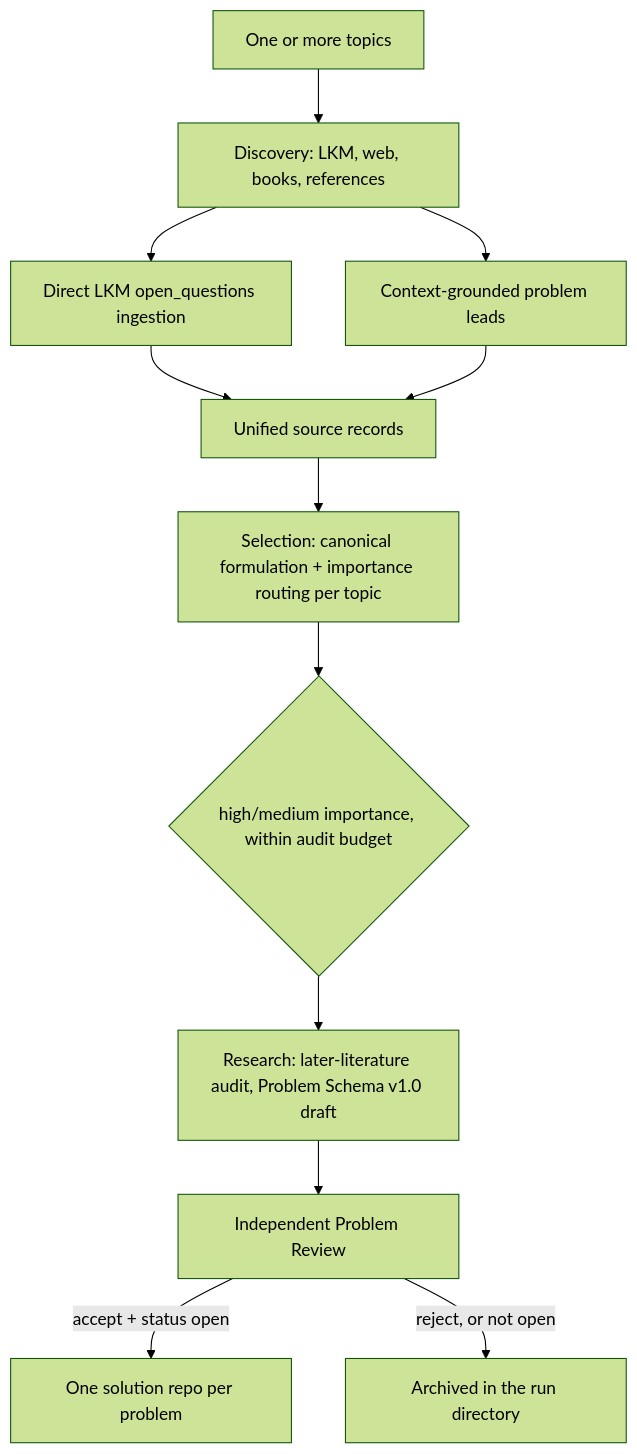
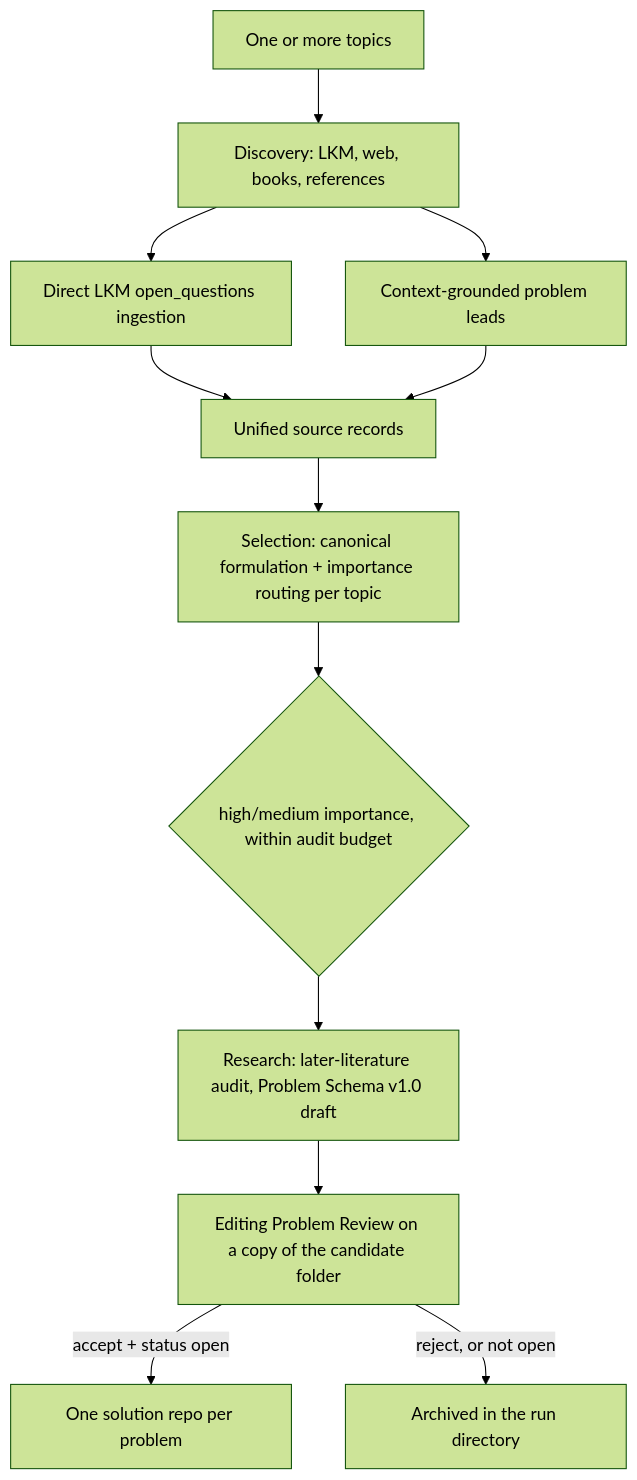
The diagram in README.md (kunyuan/open-research-discovery), drawn with Mermaid (forest theme) before and after one commit. The commit also changed other lines of this file and 9 other files, not shown here.

````diff
--- a/README.md
+++ b/README.md
@@ -91,14 +91,14 @@
 ```mermaid
 flowchart TD
     T["One or more topics"] --> D["Discovery: LKM, web, books, references"]
     D --> L["Direct LKM open_questions ingestion"]
     D --> C["Context-grounded problem leads"]
     L --> S["Unified source records"]
     C --> S
     S --> A["Selection: canonical formulation + importance routing per topic"]
     A --> G{"high/medium importance, within audit budget"}
     G --> R["Research: later-literature audit, Problem Schema v1.0 draft"]
-    R --> P["Independent Problem Review"]
+    R --> P["Editing Problem Review on a copy of the candidate folder"]
     P -->|"accept + status open"| O["One solution repo per problem"]
     P -->|"reject, or not open"| X["Archived in the run directory"]
 ```
````
